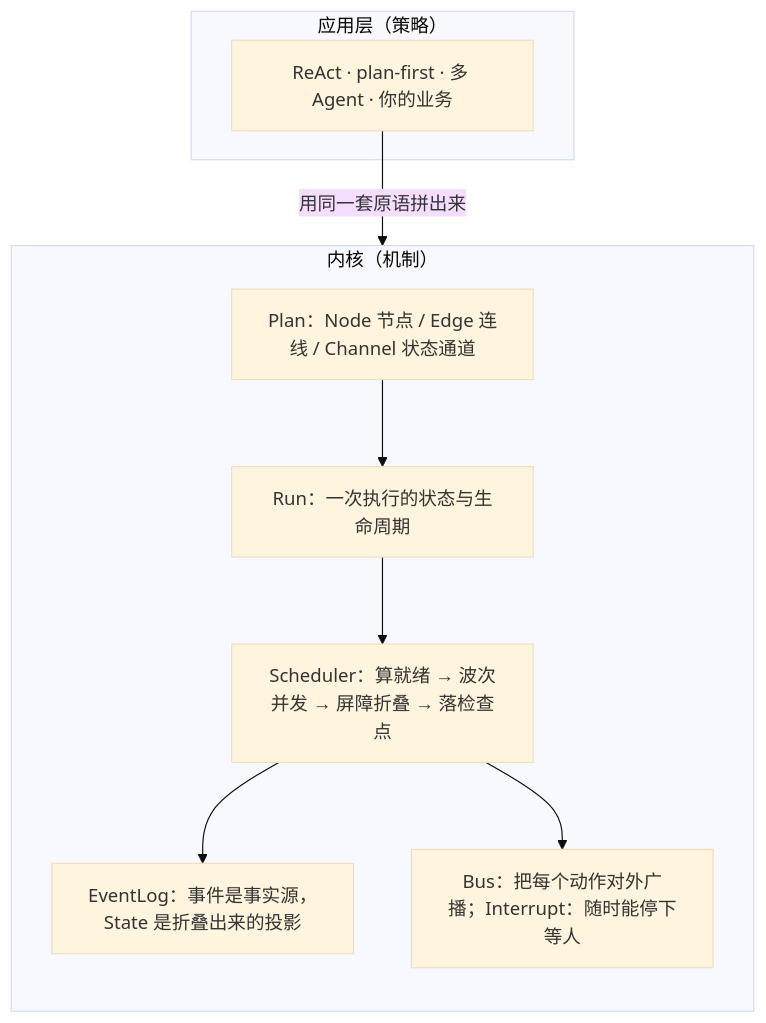
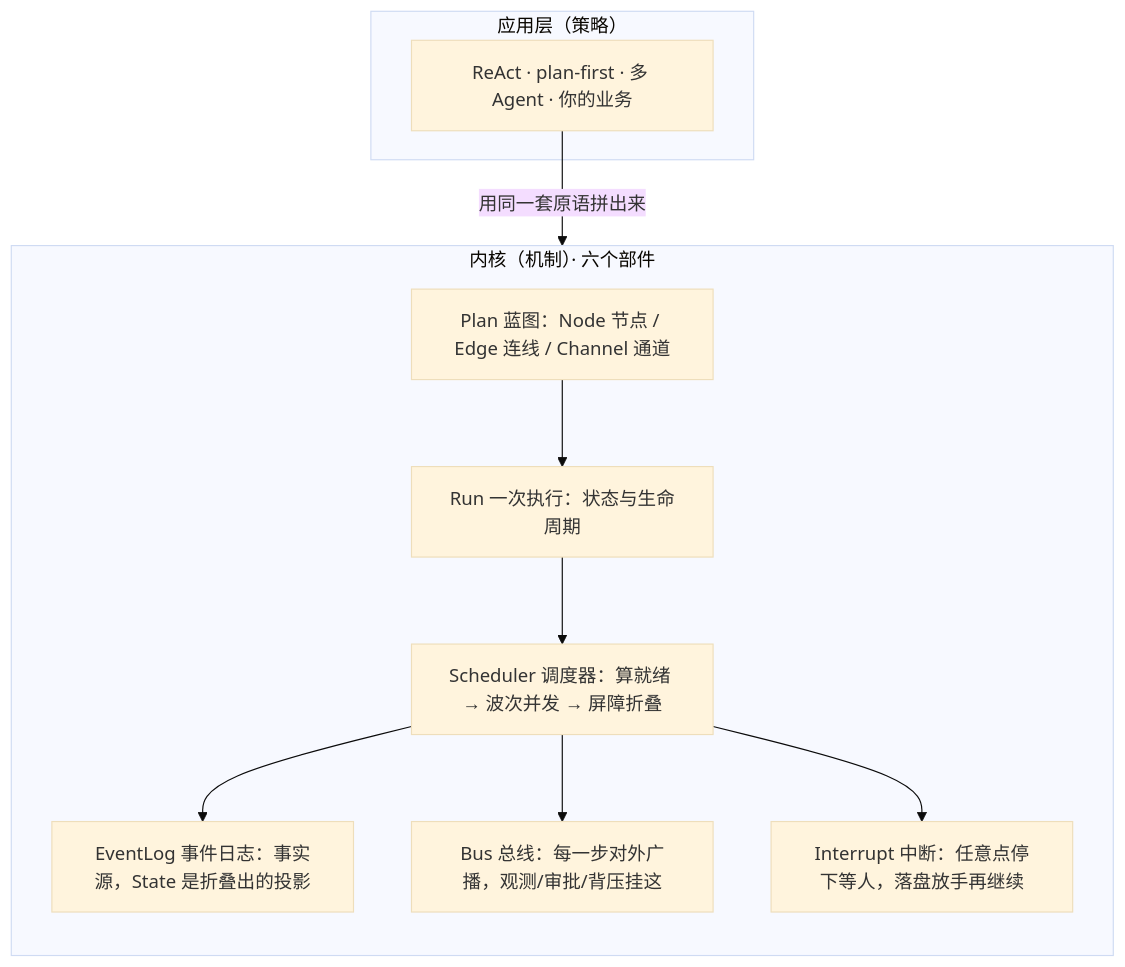
Before and after one commit to limenagent/prodagent: the diagram in docs/zh/architecture.md, drawn with Mermaid (base theme). The commit also changed other lines of this file and 14 other files, not shown here.

````diff
--- a/docs/zh/architecture.md
+++ b/docs/zh/architecture.md
@@ -51,18 +53,20 @@
 ```mermaid
 flowchart TB
   subgraph APP["应用层（策略）"]
     A["ReAct · plan-first · 多 Agent · 你的业务"]
   end
-  subgraph K["内核（机制）"]
+  subgraph K["内核（机制）· 六个部件"]
     direction TB
-    P["Plan：Node 节点 / Edge 连线 / Channel 状态通道"]
-    R["Run：一次执行的状态与生命周期"]
-    S["Scheduler：算就绪 → 波次并发 → 屏障折叠 → 落检查点"]
-    L["EventLog：事件是事实源，State 是折叠出来的投影"]
-    B["Bus：把每个动作对外广播；Interrupt：随时能停下等人"]
+    P["Plan 蓝图：Node 节点 / Edge 连线 / Channel 通道"]
+    R["Run 一次执行：状态与生命周期"]
+    S["Scheduler 调度器：算就绪 → 波次并发 → 屏障折叠"]
+    L["EventLog 事件日志：事实源，State 是折叠出的投影"]
+    B["Bus 总线：每一步对外广播，观测/审批/背压挂这"]
+    I["Interrupt 中断：任意点停下等人，落盘放手再继续"]
     P --> R --> S
     S --> L
     S --> B
+    S --> I
   end
   A -->|用同一套原语拼出来| K
 ```
````
